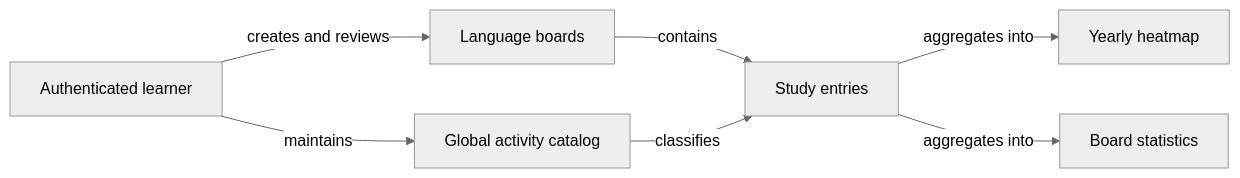
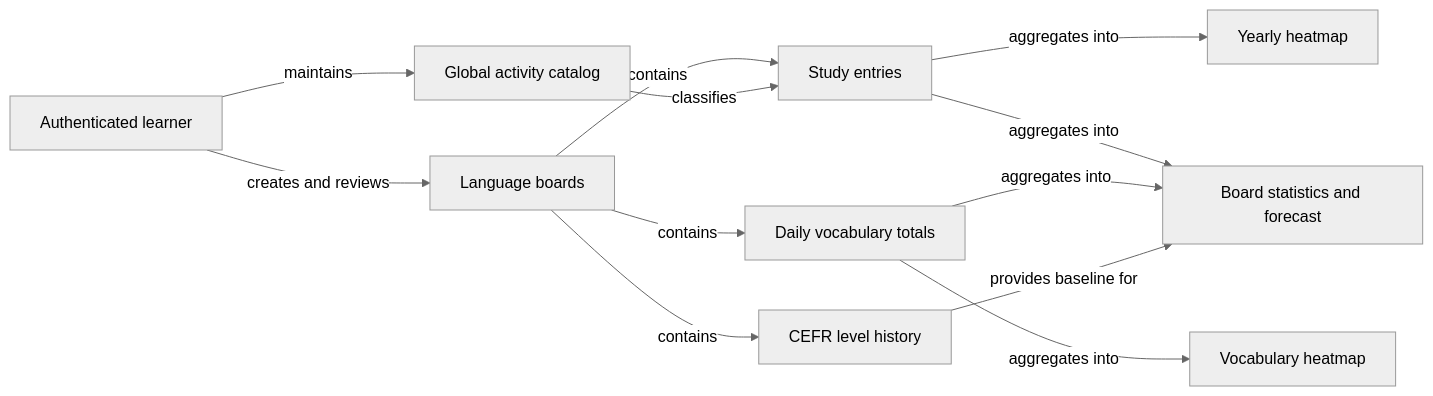
Before and after one commit to iaroslav-tkachenko/language-tracker: the diagram in docs/requirements/PRODUCT_VISION.md, drawn with Mermaid (neutral theme). The commit also changed other lines of this file and 10 other files, not shown here.

````diff
--- a/docs/requirements/PRODUCT_VISION.md
+++ b/docs/requirements/PRODUCT_VISION.md
@@ -51,9 +56,14 @@
 ```mermaid
 flowchart LR
     U["Authenticated learner"] -->|creates and reviews| B["Language boards"]
     U -->|maintains| A["Global activity catalog"]
     B -->|contains| E["Study entries"]
+    B -->|contains| W["Daily vocabulary totals"]
+    B -->|contains| C["CEFR level history"]
     A -->|classifies| E
     E -->|aggregates into| H["Yearly heatmap"]
-    E -->|aggregates into| S["Board statistics"]
+    W -->|aggregates into| V["Vocabulary heatmap"]
+    E -->|aggregates into| S["Board statistics and forecast"]
+    W -->|aggregates into| S
+    C -->|provides baseline for| S
 ```
````
